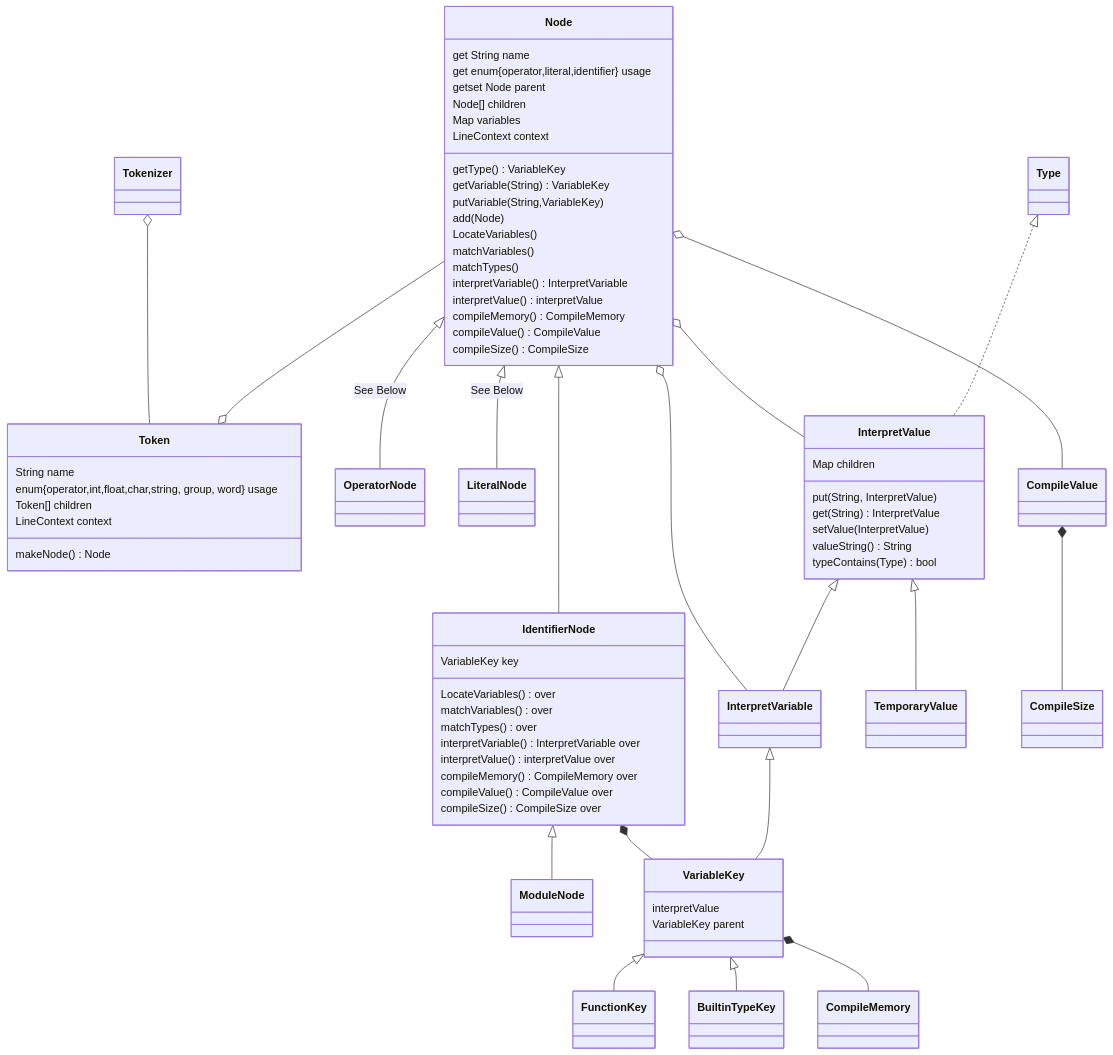
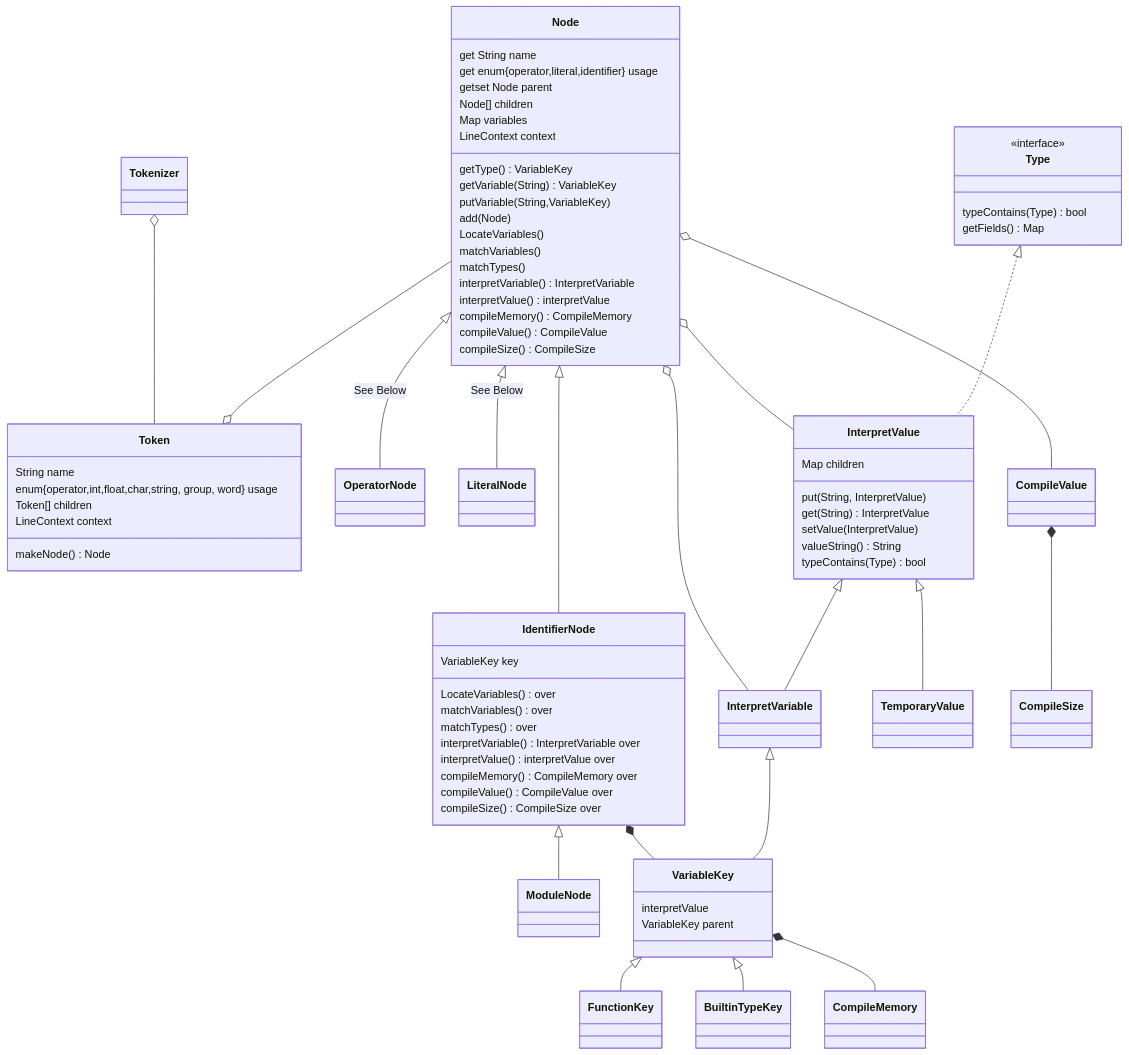
One commit to Jzhyang1/Monomer changed the second of 5 diagrams in Implementation.md. Above: the diagram before and after it, drawn with Mermaid. The commit also changed other lines of this file, not shown here.

Commit message:
Implementation.md updated from https://stackedit.io/

````diff
--- a/Implementation.md
+++ b/Implementation.md
@@ -76,67 +76,71 @@
 ```mermaid
 classDiagram
 Tokenizer o-- Token
 Node --o Token
 
 Node <|-- OperatorNode: See Below
 Node <|-- LiteralNode: See Below
 Node <|-- IdentifierNode
 Node o-- InterpretVariable
 Node o-- InterpretValue
 IdentifierNode <|-- ModuleNode
 IdentifierNode *-- VariableKey
 VariableKey <|-- FunctionKey
 VariableKey <|-- BuiltinTypeKey
 VariableKey *-- CompileMemory
 InterpretValue <|-- InterpretVariable
 InterpretValue <|-- TemporaryValue
 Type <|.. InterpretValue
 InterpretVariable <|-- VariableKey
 CompileValue *-- CompileSize
 Node o-- CompileValue
 
 Token: String name
 Token: enum{operator,int,float,char,string, group, word} usage
 Token: Token[] children
 Token: LineContext context
 Token: makeNode() Node
 
 Node: get String name
 Node: get enum{operator,literal,identifier} usage
 Node: getset Node parent
 Node: Node[] children
 Node: Map<String, VariableKey> variables
 Node: LineContext context
 Node: getType() VariableKey
 Node: getVariable(String) VariableKey
 Node: putVariable(String,VariableKey)
 Node: add(Node)
 Node: LocateVariables()
 Node: matchVariables()
 Node: matchTypes()
 Node: interpretVariable() InterpretVariable
 Node: interpretValue() interpretValue
 Node: compileMemory() CompileMemory
 Node: compileValue() CompileValue
 Node: compileSize() CompileSize
 
 IdentifierNode: VariableKey key
 IdentifierNode: LocateVariables() over
 IdentifierNode: matchVariables() over
 IdentifierNode: matchTypes() over
 IdentifierNode: interpretVariable() InterpretVariable over
 IdentifierNode: interpretValue() interpretValue over
 IdentifierNode: compileMemory() CompileMemory over
 IdentifierNode: compileValue() CompileValue over
 IdentifierNode: compileSize() CompileSize over
 
 InterpretValue: Map<String, InterpretValue> children
 InterpretValue: put(String, InterpretValue)
 InterpretValue: get(String) InterpretValue
 InterpretValue: setValue(InterpretValue)
 InterpretValue: valueString() String
 InterpretValue: typeContains(Type) bool
 
 VariableKey: interpretValue
 VariableKey: VariableKey parent
+
+<<interface>> Type
+Type: typeContains(Type) bool
+Type: getFields() Map<String,Type>
 ```
````
